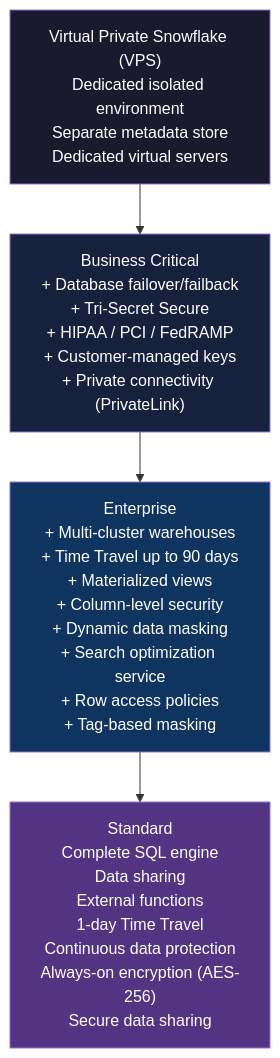
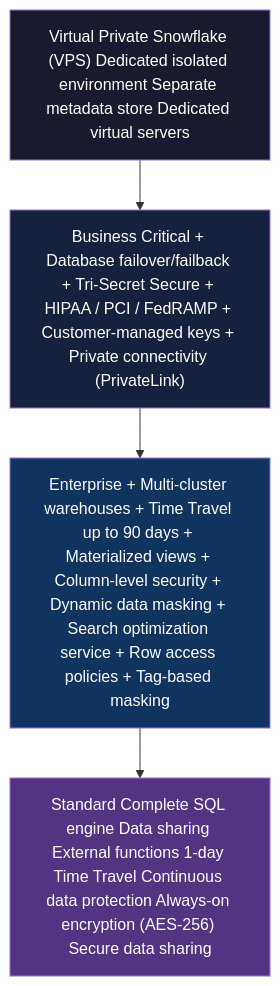
The diagram in 1_Snowflake_AI_Data_Cloud_Features_and_Architecture/1.6_Snowflake_Editions_and_Cloud_Platforms.md (harishupadrasta/snowPro-Core), drawn with Mermaid before and after one commit. The commit also changed 16 other files, not shown here.

First line of the commit message:
Fix mermaid diagrams: replace <br/> with spaces for GitHub rendering

````diff
--- a/1_Snowflake_AI_Data_Cloud_Features_and_Architecture/1.6_Snowflake_Editions_and_Cloud_Platforms.md
+++ b/1_Snowflake_AI_Data_Cloud_Features_and_Architecture/1.6_Snowflake_Editions_and_Cloud_Platforms.md
@@ -43,16 +43,16 @@
 ```mermaid
 graph TB
-    VPS["Virtual Private Snowflake (VPS)<br/>Dedicated isolated environment<br/>Separate metadata store<br/>Dedicated virtual servers"]
-    BC["Business Critical<br/>+ Database failover/failback<br/>+ Tri-Secret Secure<br/>+ HIPAA / PCI / FedRAMP<br/>+ Customer-managed keys<br/>+ Private connectivity (PrivateLink)"]
-    ENT["Enterprise<br/>+ Multi-cluster warehouses<br/>+ Time Travel up to 90 days<br/>+ Materialized views<br/>+ Column-level security<br/>+ Dynamic data masking<br/>+ Search optimization service<br/>+ Row access policies<br/>+ Tag-based masking"]
-    STD["Standard<br/>Complete SQL engine<br/>Data sharing<br/>External functions<br/>1-day Time Travel<br/>Continuous data protection<br/>Always-on encryption (AES-256)<br/>Secure data sharing"]
+    VPS["Virtual Private Snowflake (VPS) Dedicated isolated environment Separate metadata store Dedicated virtual servers"]
+    BC["Business Critical + Database failover/failback + Tri-Secret Secure + HIPAA / PCI / FedRAMP + Customer-managed keys + Private connectivity (PrivateLink)"]
+    ENT["Enterprise + Multi-cluster warehouses + Time Travel up to 90 days + Materialized views + Column-level security + Dynamic data masking + Search optimization service + Row access policies + Tag-based masking"]
+    STD["Standard Complete SQL engine Data sharing External functions 1-day Time Travel Continuous data protection Always-on encryption (AES-256) Secure data sharing"]
 
     VPS --> BC
     BC --> ENT
     ENT --> STD
 
     style VPS fill:#1a1a2e,color:#fff
     style BC fill:#16213e,color:#fff
     style ENT fill:#0f3460,color:#fff
     style STD fill:#533483,color:#fff
 ```
````
